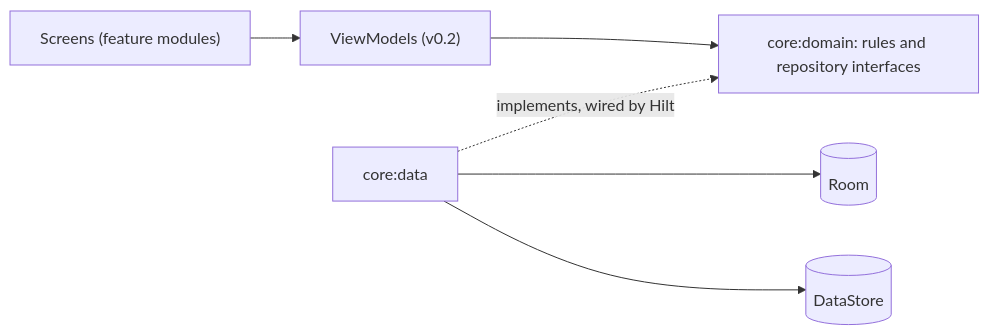
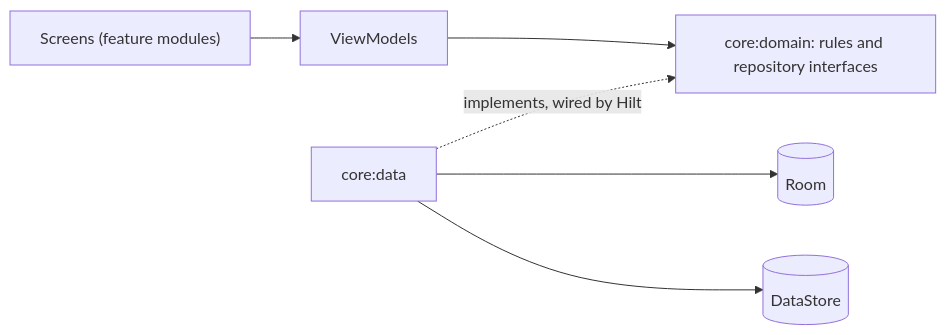
Before and after one commit to An3DCu/Berylux: the diagram in README.md, drawn with Mermaid. The commit also changed other lines of this file and 16 other files, not shown here.

Commit message:
Add the main-flow and day-rollover tests, fix typing and the status bar, and set the version to 0.2.0

````diff
--- a/README.md
+++ b/README.md
@@ -42,8 +46,8 @@
 ```mermaid
 flowchart LR
-  UI["Screens (feature modules)"] --> VM["ViewModels (v0.2)"]
+  UI["Screens (feature modules)"] --> VM["ViewModels"]
   VM --> DOMAIN["core:domain: rules and repository interfaces"]
   DATA["core:data"] -. "implements, wired by Hilt" .-> DOMAIN
   DATA --> ROOM[("Room")]
   DATA --> DS[("DataStore")]
 ```
````
